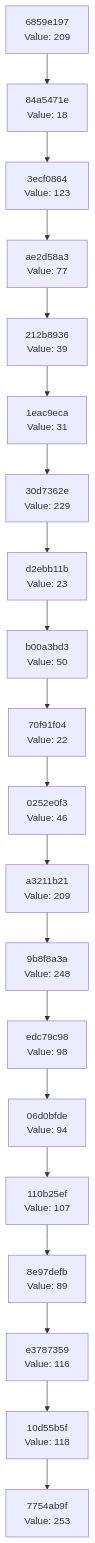
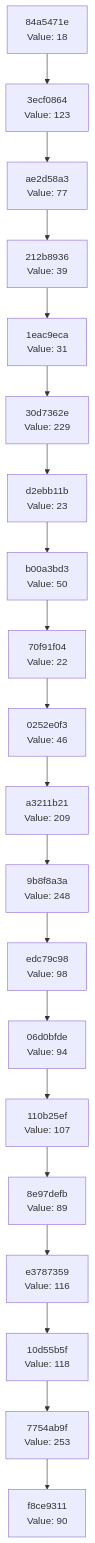
Before and after one commit to Abhisheksinha1506/hash-chain-evolver: the diagram in docs/CHAIN_VISUALIZATION.md, drawn with Mermaid. The commit also changed 3 other files, not shown here.

````diff
--- a/docs/CHAIN_VISUALIZATION.md
+++ b/docs/CHAIN_VISUALIZATION.md
@@ -3,42 +3,42 @@
 ```mermaid
 graph TD
-    C0["7754ab9f<br/>Value: 253"]
-    C1["10d55b5f<br/>Value: 118"]
+    C0["f8ce9311<br/>Value: 90"]
+    C1["7754ab9f<br/>Value: 253"]
     C1 --> C0
-    C2["e3787359<br/>Value: 116"]
+    C2["10d55b5f<br/>Value: 118"]
     C2 --> C1
-    C3["8e97defb<br/>Value: 89"]
+    C3["e3787359<br/>Value: 116"]
     C3 --> C2
-    C4["110b25ef<br/>Value: 107"]
+    C4["8e97defb<br/>Value: 89"]
     C4 --> C3
-    C5["06d0bfde<br/>Value: 94"]
+    C5["110b25ef<br/>Value: 107"]
     C5 --> C4
-    C6["edc79c98<br/>Value: 98"]
+    C6["06d0bfde<br/>Value: 94"]
     C6 --> C5
-    C7["9b8f8a3a<br/>Value: 248"]
+    C7["edc79c98<br/>Value: 98"]
     C7 --> C6
-    C8["a3211b21<br/>Value: 209"]
+    C8["9b8f8a3a<br/>Value: 248"]
     C8 --> C7
-    C9["0252e0f3<br/>Value: 46"]
+    C9["a3211b21<br/>Value: 209"]
     C9 --> C8
-    C10["70f91f04<br/>Value: 22"]
+    C10["0252e0f3<br/>Value: 46"]
     C10 --> C9
-    C11["b00a3bd3<br/>Value: 50"]
+    C11["70f91f04<br/>Value: 22"]
     C11 --> C10
-    C12["d2ebb11b<br/>Value: 23"]
+    C12["b00a3bd3<br/>Value: 50"]
     C12 --> C11
-    C13["30d7362e<br/>Value: 229"]
+    C13["d2ebb11b<br/>Value: 23"]
     C13 --> C12
-    C14["1eac9eca<br/>Value: 31"]
+    C14["30d7362e<br/>Value: 229"]
     C14 --> C13
-    C15["212b8936<br/>Value: 39"]
+    C15["1eac9eca<br/>Value: 31"]
     C15 --> C14
-    C16["ae2d58a3<br/>Value: 77"]
+    C16["212b8936<br/>Value: 39"]
     C16 --> C15
-    C17["3ecf0864<br/>Value: 123"]
+    C17["ae2d58a3<br/>Value: 77"]
     C17 --> C16
-    C18["84a5471e<br/>Value: 18"]
+    C18["3ecf0864<br/>Value: 123"]
     C18 --> C17
-    C19["6859e197<br/>Value: 209"]
+    C19["84a5471e<br/>Value: 18"]
     C19 --> C18
 ```
````
